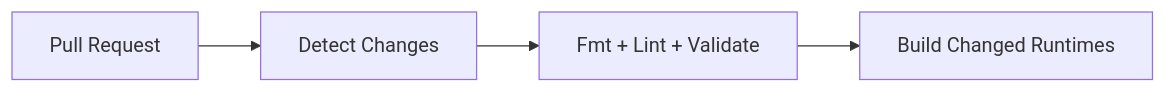
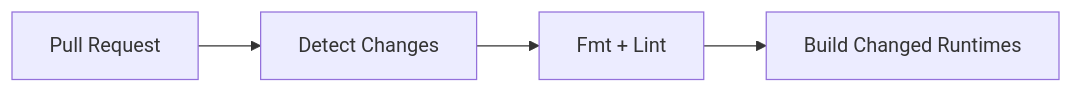
One commit to chrispsheehan/aws-serverless-github-deploy changed the second of 8 diagrams in docs/ci/README.md. Above: the diagram before and after it, drawn with Mermaid. The commit also changed other lines of this file and 2 other files, not shown here.

Commit message:
chore: rm validate check - needs an init!

````diff
--- a/docs/ci/README.md
+++ b/docs/ci/README.md
@@ -62,6 +62,6 @@
 ```mermaid
 flowchart LR
   trigger["Pull Request"] --> detect["Detect Changes"]
-  detect --> checks["Fmt + Lint + Validate"]
+  detect --> checks["Fmt + Lint"]
   checks --> builds["Build Changed Runtimes"]
 ```
````
